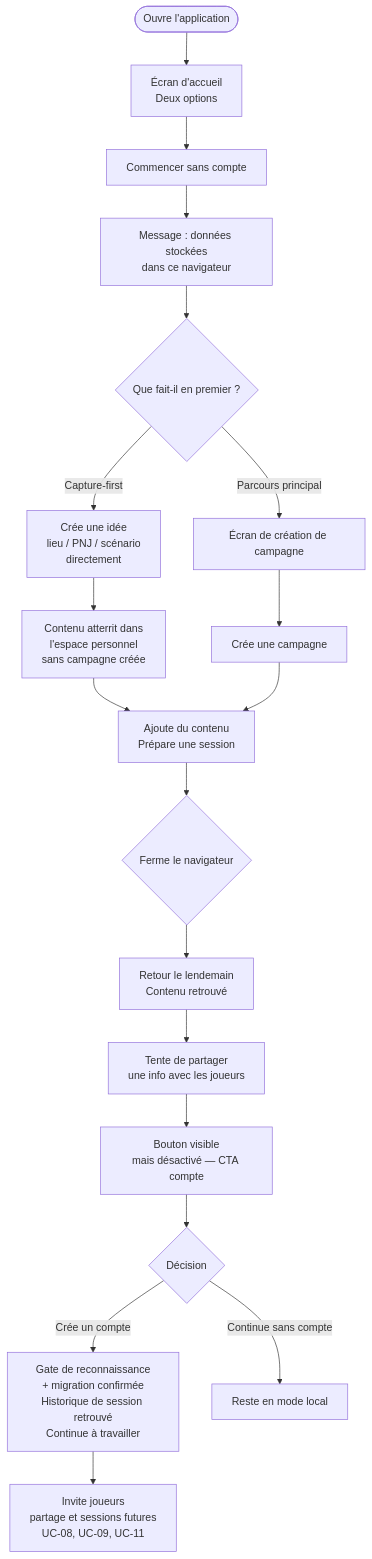
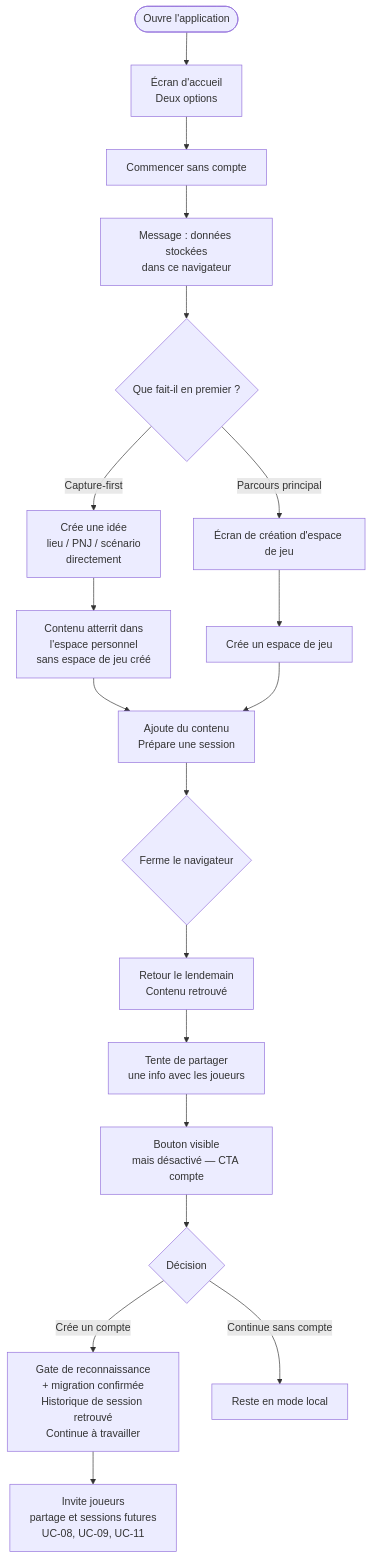
The second of 2 diagrams in docs/conception/besoin/user-journeys/UJ-UC-01-mode-local-sans-compte.md (2025-10-CDA-ECO-P6/PM-micro-saas), drawn with Mermaid before and after one commit. The commit also changed other lines of this file and 140 other files, not shown here.

````diff
--- a/docs/conception/besoin/user-journeys/UJ-UC-01-mode-local-sans-compte.md
+++ b/docs/conception/besoin/user-journeys/UJ-UC-01-mode-local-sans-compte.md
@@ -57,21 +57,21 @@
 ```mermaid
 flowchart TD
     A([Ouvre l'application]) --> B[Écran d'accueil\nDeux options]
     B --> C[Commencer sans compte]
     C --> D[Message : données stockées\ndans ce navigateur]
     D --> E{Que fait-il en premier ?}
     E -->|Capture-first| CF[Crée une idée\nlieu / PNJ / scénario\ndirectement]
-    CF --> CFR[Contenu atterrit dans\nl'espace personnel\nsans campagne créée]
+    CF --> CFR[Contenu atterrit dans\nl'espace personnel\nsans espace de jeu créé]
     CFR --> G
-    E -->|Parcours principal| F[Écran de création de campagne]
-    F --> FC[Crée une campagne]
+    E -->|Parcours principal| F[Écran de création d'espace de jeu]
+    F --> FC[Crée un espace de jeu]
     FC --> G[Ajoute du contenu\nPrépare une session]
     G --> H{Ferme le navigateur}
     H --> I[Retour le lendemain\nContenu retrouvé]
     I --> J[Tente de partager\nune info avec les joueurs]
     J --> K[Bouton visible\nmais désactivé — CTA compte]
     K --> L{Décision}
     L -->|Crée un compte| M[Gate de reconnaissance\n+ migration confirmée\nHistorique de session retrouvé\nContinue à travailler]
     M --> O[Invite joueurs\npartage et sessions futures\nUC-08, UC-09, UC-11]
     L -->|Continue sans compte| N[Reste en mode local]
 ```
````
